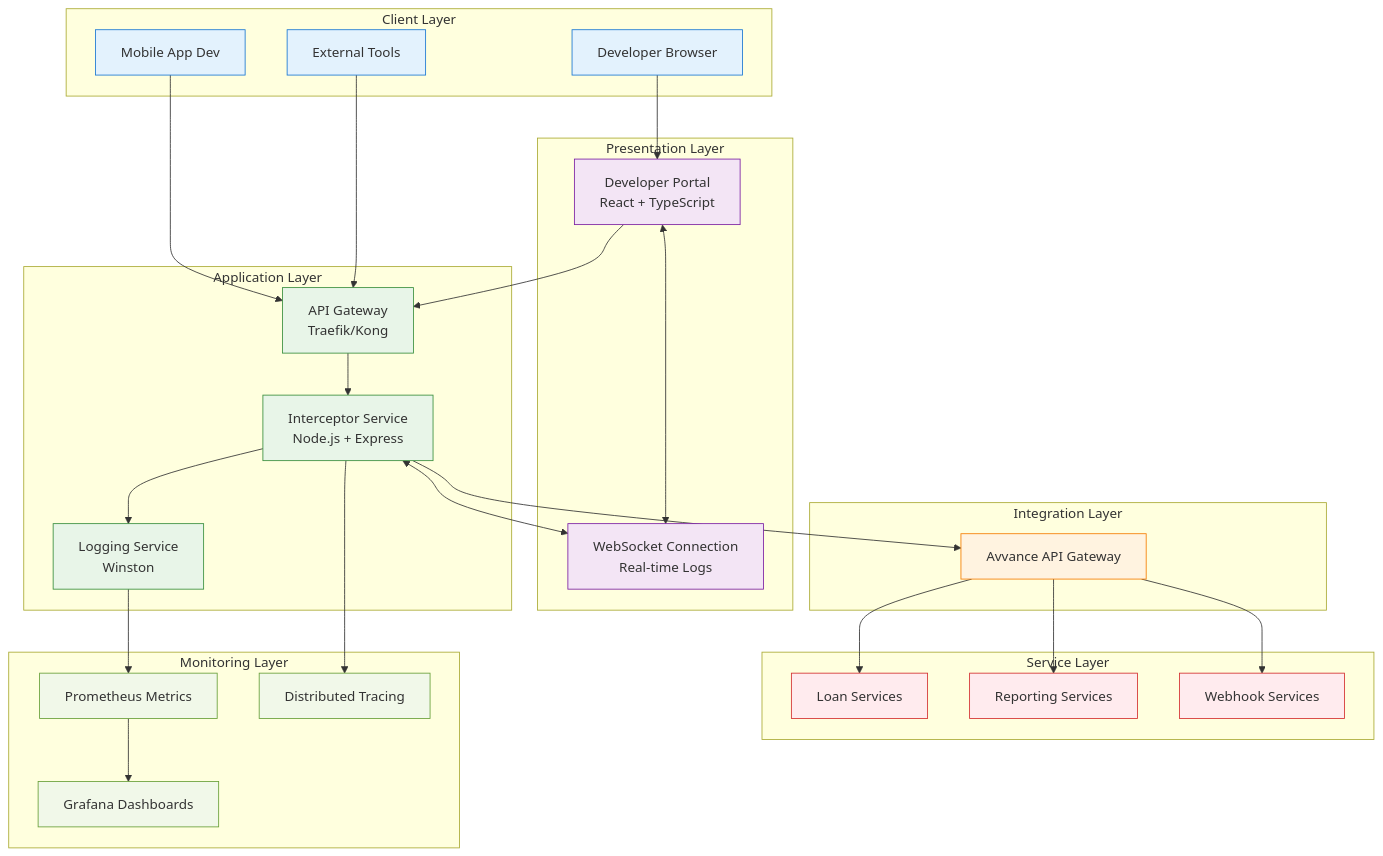
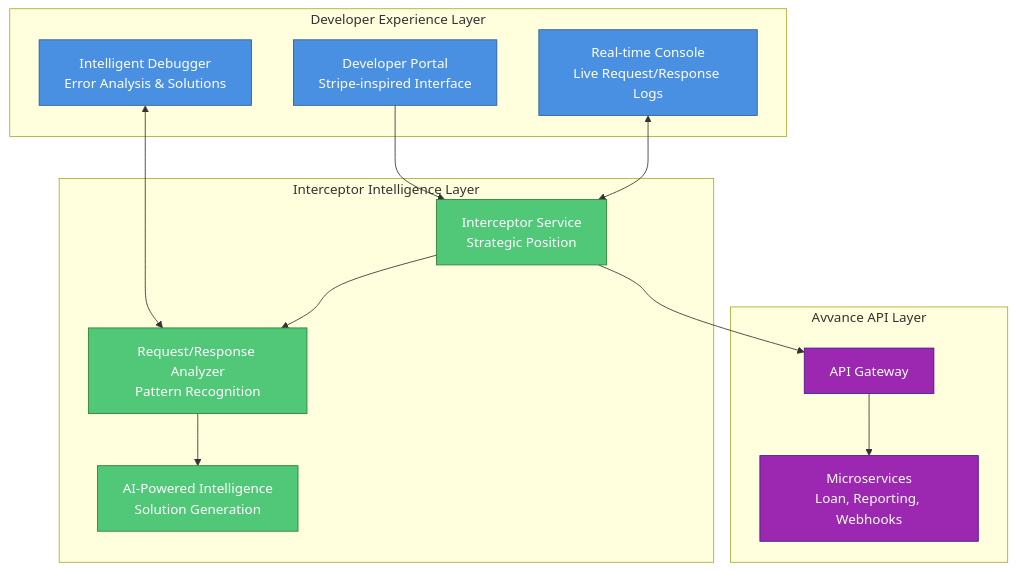
The first of 4 diagrams in README.md (dvnharish/docs), drawn with Mermaid before and after one commit. The commit also changed other lines of this file, not shown here.

````diff
--- a/README.md
+++ b/README.md
@@ -16,69 +29,35 @@
 ```mermaid
 graph TB
-    subgraph "Client Layer"
-        Browser[Developer Browser]
-        Mobile[Mobile App Dev]
-        Postman[External Tools]
+    subgraph "Developer Experience Layer"
+        Portal[Developer Portal<br/>Stripe-inspired Interface]
+        Console[Real-time Console<br/>Live Request/Response Logs]
+        Debugger[Intelligent Debugger<br/>Error Analysis & Solutions]
     end
     
-    subgraph "Presentation Layer"
-        Portal[Developer Portal<br/>React + TypeScript]
-        WS[WebSocket Connection<br/>Real-time Logs]
+    subgraph "Interceptor Intelligence Layer"
+        Interceptor[Interceptor Service<br/>Strategic Position]
+        Analyzer[Request/Response Analyzer<br/>Pattern Recognition]
+        Intelligence[AI-Powered Intelligence<br/>Solution Generation]
     end
     
-    subgraph "Application Layer"
-        Gateway[API Gateway<br/>Traefik/Kong]
-        Interceptor[Interceptor Service<br/>Node.js + Express]
-        Logger[Logging Service<br/>Winston]
+    subgraph "Avvance API Layer"
+        Gateway[API Gateway]
+        Services[Microservices<br/>Loan, Reporting, Webhooks]
     end
     
-    subgraph "Integration Layer"
-        AvvanceGW[Avvance API Gateway]
-    end
+    Portal --> Interceptor
+    Console <--> Interceptor
+    Debugger <--> Analyzer
+    Interceptor --> Analyzer
+    Analyzer --> Intelligence
+    Interceptor --> Gateway
+    Gateway --> Services
     
-    subgraph "Service Layer"
-        LoanSvc[Loan Services]
-        ReportSvc[Reporting Services]
-        WebhookSvc[Webhook Services]
-    end
+    classDef experience fill:#4A90E2,stroke:#2E5C8A,color:#fff
+    classDef intelligence fill:#50C878,stroke:#2E7D32,color:#fff
+    classDef api fill:#9C27B0,stroke:#4A148C,color:#fff
     
-    subgraph "Monitoring Layer"
-        Prometheus[Prometheus Metrics]
-        Grafana[Grafana Dashboards]
-        Jaeger[Distributed Tracing]
-    end
-    
-    Browser --> Portal
-    Mobile --> Gateway
-    Postman --> Gateway
-    
-    Portal --> Gateway
-    Portal <--> WS
-    
-    Gateway --> Interceptor
-    Interceptor --> Logger
-    Interceptor <--> WS
-    
-    Interceptor --> AvvanceGW
-    AvvanceGW --> LoanSvc
-    AvvanceGW --> ReportSvc
-    AvvanceGW --> WebhookSvc
-    
-    Logger --> Prometheus
-    Prometheus --> Grafana
-    Interceptor --> Jaeger
-    
-    classDef client fill:#E3F2FD,stroke:#1976D2
-    classDef presentation fill:#F3E5F5,stroke:#7B1FA2
-    classDef application fill:#E8F5E8,stroke:#388E3C
-    classDef integration fill:#FFF3E0,stroke:#F57C00
-    classDef service fill:#FFEBEE,stroke:#D32F2F
-    classDef monitoring fill:#F1F8E9,stroke:#689F38
-    
-    class Browser,Mobile,Postman client
-    class Portal,WS presentation
-    class Gateway,Interceptor,Logger application
-    class AvvanceGW integration
-    class LoanSvc,ReportSvc,WebhookSvc service
-    class Prometheus,Grafana,Jaeger monitoring
+    class Portal,Console,Debugger experience
+    class Interceptor,Analyzer,Intelligence intelligence
+    class Gateway,Services api
 ```
````
